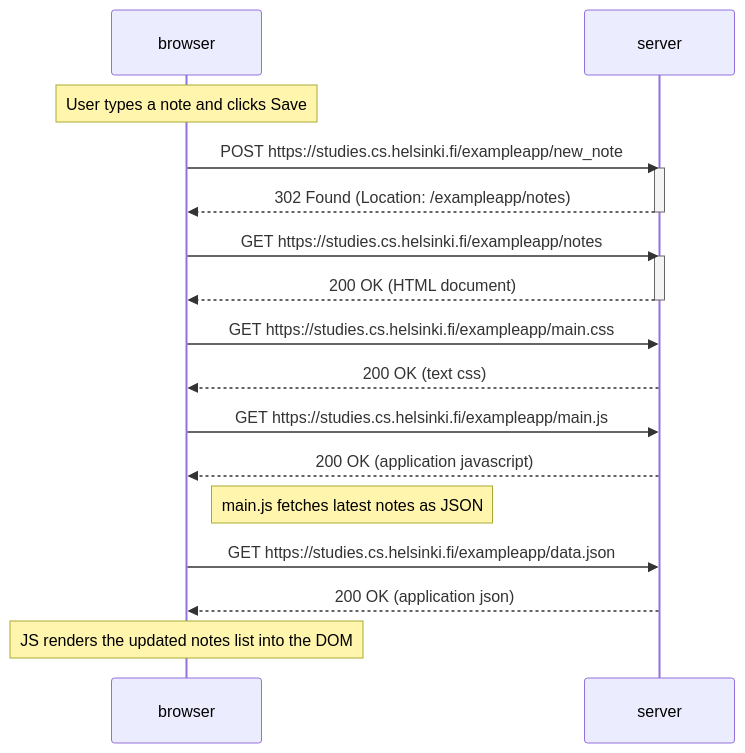
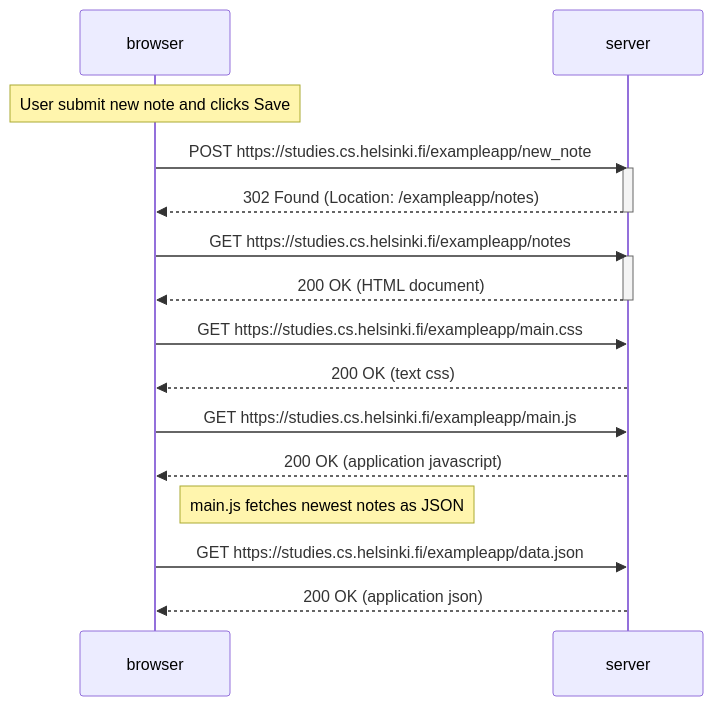
Before and after one commit to Waltberry/fullstack-open: the first of 3 diagrams in part0/diagrams.md, drawn with Mermaid. The commit also changed other lines of this file, not shown here.

````diff
--- a/part0/diagrams.md
+++ b/part0/diagrams.md
@@ -4,28 +4,27 @@
 ```mermaid
 sequenceDiagram
     participant browser
     participant server
 
-    Note over browser: User types a note and clicks Save
+    Note over browser: User submit new note and clicks Save
     browser->>server: POST https://studies.cs.helsinki.fi/exampleapp/new_note
     activate server
     server-->>browser: 302 Found (Location: /exampleapp/notes)
     deactivate server
 
     browser->>server: GET https://studies.cs.helsinki.fi/exampleapp/notes
     activate server
     server-->>browser: 200 OK (HTML document)
     deactivate server
 
     browser->>server: GET https://studies.cs.helsinki.fi/exampleapp/main.css
     server-->>browser: 200 OK (text css)
 
     browser->>server: GET https://studies.cs.helsinki.fi/exampleapp/main.js
     server-->>browser: 200 OK (application javascript)
 
-    Note right of browser: main.js fetches latest notes as JSON
+    Note right of browser: main.js fetches newest notes as JSON
     browser->>server: GET https://studies.cs.helsinki.fi/exampleapp/data.json
     server-->>browser: 200 OK (application json)
 
-    Note over browser: JS renders the updated notes list into the DOM
 ```
````
